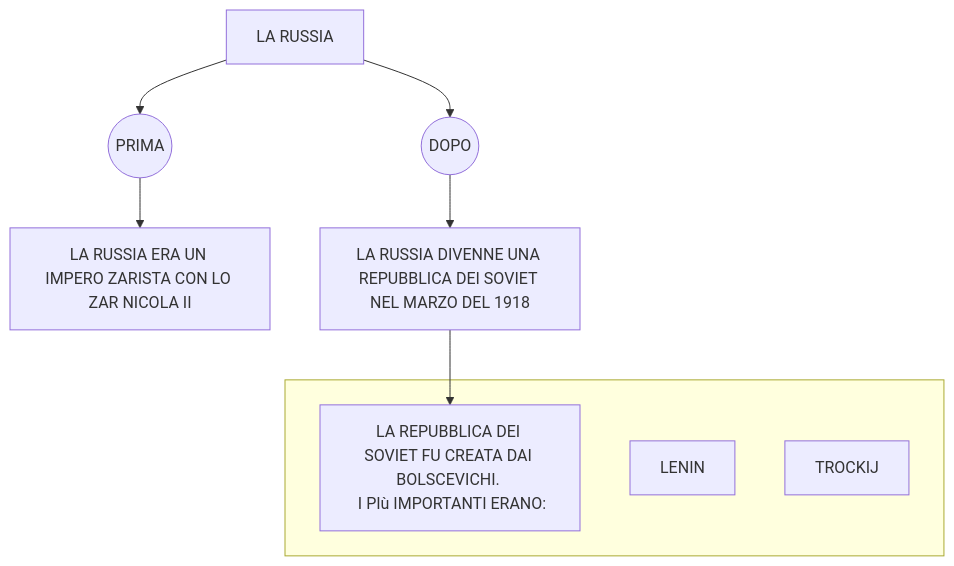
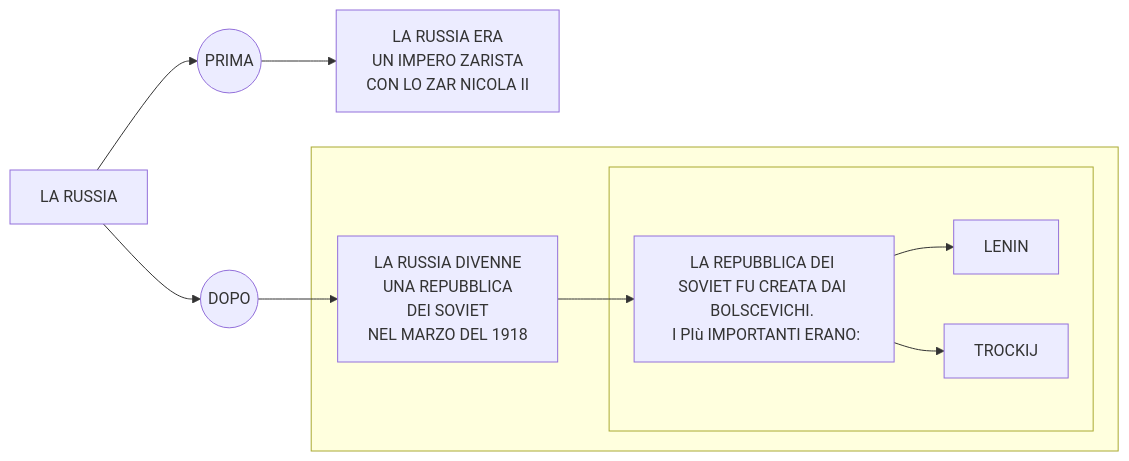
The diagram in stalinismoRiscrittura.md (Laaouatni/ricerca-storia-MermaidJS), drawn with Mermaid before and after one commit.

````diff
--- a/stalinismoRiscrittura.md
+++ b/stalinismoRiscrittura.md
@@ -1,17 +1,20 @@
 ```mermaid
-flowchart TB
+flowchart LR
   0[LA RUSSIA]
   01((PRIMA))
   02((DOPO))
-  1[LA RUSSIA ERA UN IMPERO ZARISTA CON LO ZAR NICOLA II]
-  2[LA RUSSIA DIVENNE UNA REPUBBLICA DEI SOVIET NEL MARZO DEL 1918]
+  1[LA RUSSIA ERA <br> UN IMPERO ZARISTA <br> CON LO ZAR NICOLA II]
   0 --> 01 & 02 
   01 --> 1 
   02 --> 2
-  subgraph 30[" "]
-    20[LA REPUBBLICA DEI SOVIET FU CREATA DAI BOLSCEVICHI. <br> I PIù IMPORTANTI ERANO:]
-    200[LENIN]
-    201[TROCKIJ]
+  subgraph 40[" "]
+    2[LA RUSSIA DIVENNE <br> UNA REPUBBLICA <br> DEI SOVIET <br> NEL MARZO DEL 1918]
+    subgraph 30[" "]
+      20[LA REPUBBLICA DEI SOVIET FU CREATA DAI BOLSCEVICHI. <br> I PIù IMPORTANTI ERANO:]
+      200[LENIN]
+      201[TROCKIJ]
+      20 --> 200 & 201
+    end
   end
   2 --> 20
 ```
````
